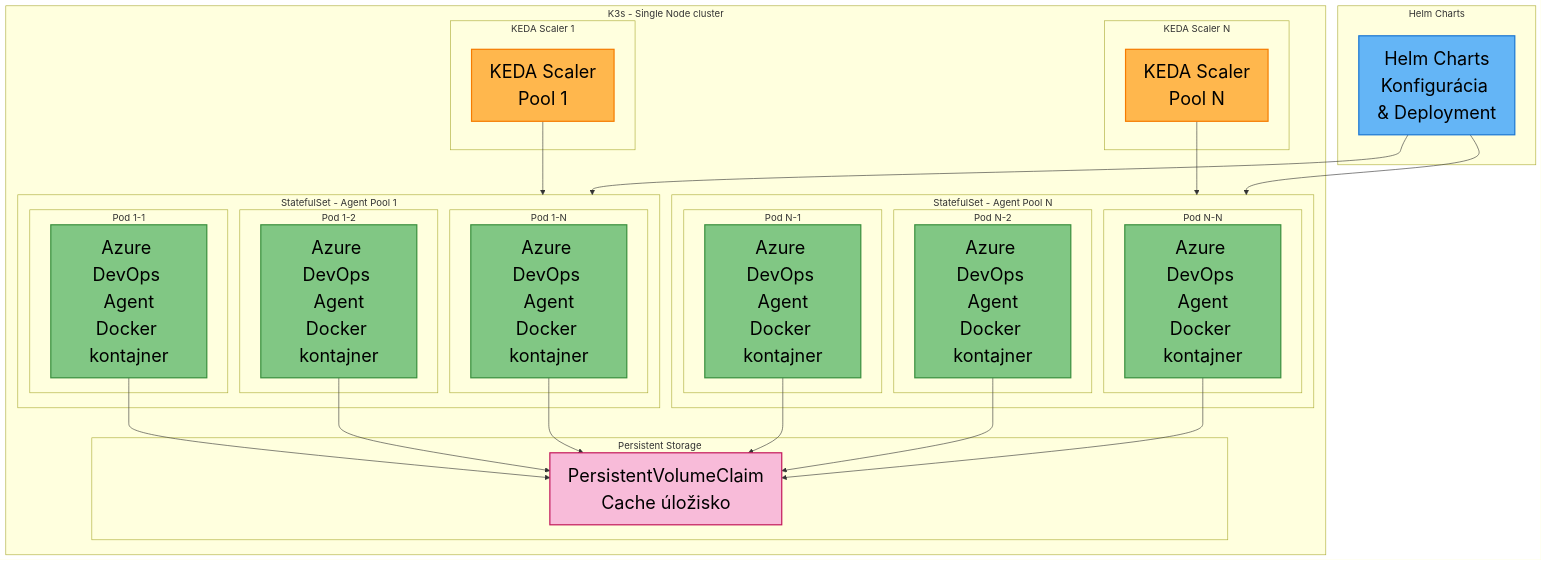
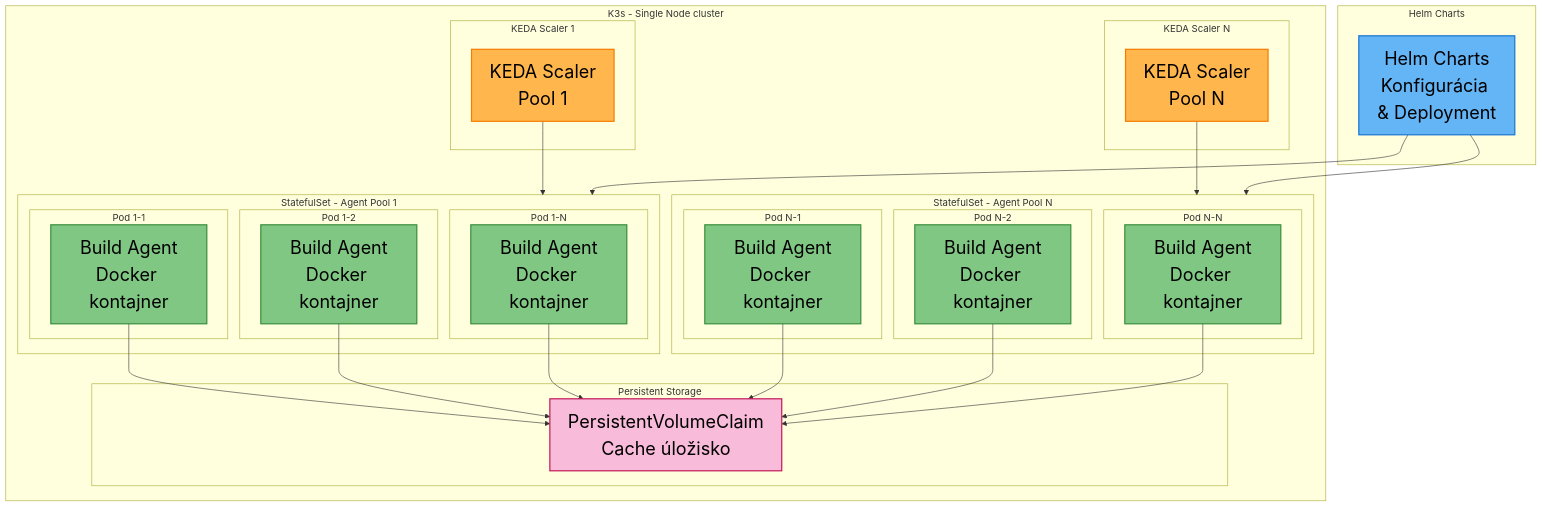
The first of 2 diagrams in linuxmachine/user-documentation.md (motycak/kros-sk.github.io), drawn with Mermaid before and after one commit.

````diff
--- a/linuxmachine/user-documentation.md
+++ b/linuxmachine/user-documentation.md
@@ -39,69 +39,69 @@
 ```mermaid
 graph TB
     subgraph "K3s - Single Node cluster"
         subgraph "KEDA Scaler 1"
             KEDA_SCALER1[KEDA Scaler<br/>Pool 1]
         end
         
         subgraph "KEDA Scaler N"
             KEDA_SCALERN[KEDA Scaler<br/>Pool N]
         end
         
         subgraph STATEFULSET_POOL1["StatefulSet - Agent Pool 1"]
             subgraph "Pod 1-1"
-                AGENT1_1[Azure DevOps Agent<br/>Docker kontajner]
+                AGENT1_1[Build Agent<br/>Docker kontajner]
             end
             subgraph "Pod 1-2"
-                AGENT1_2[Azure DevOps Agent<br/>Docker kontajner]
+                AGENT1_2[Build Agent<br/>Docker kontajner]
             end
             subgraph "Pod 1-N"
-                AGENT1_N[Azure DevOps Agent<br/>Docker kontajner]
+                AGENT1_N[Build Agent<br/>Docker kontajner]
             end
         end
         
         subgraph STATEFULSET_POOLN["StatefulSet - Agent Pool N"]
             subgraph "Pod N-1"
-                AGENTN_1[Azure DevOps Agent<br/>Docker kontajner]
+                AGENTN_1[Build Agent<br/>Docker kontajner]
             end
             subgraph "Pod N-2"
-                AGENTN_2[Azure DevOps Agent<br/>Docker kontajner]
+                AGENTN_2[Build Agent<br/>Docker kontajner]
             end
             subgraph "Pod N-N"
-                AGENTN_N[Azure DevOps Agent<br/>Docker kontajner]
+                AGENTN_N[Build Agent<br/>Docker kontajner]
             end
         end
         
         subgraph "Persistent Storage"
             PVC[PersistentVolumeClaim<br/>Cache úložisko]
         end
     end
     
     subgraph "Helm Charts"
         HELM[Helm Charts<br/>Konfigurácia & Deployment]
     end
     
     %% Connections
     KEDA_SCALER1 --> STATEFULSET_POOL1
     KEDA_SCALERN --> STATEFULSET_POOLN
     
     HELM --> STATEFULSET_POOL1
     HELM --> STATEFULSET_POOLN
     
     AGENT1_1 --> PVC
     AGENT1_2 --> PVC
     AGENT1_N --> PVC
     AGENTN_1 --> PVC
     AGENTN_2 --> PVC
     AGENTN_N --> PVC
     
     %% Styling
     classDef keda fill:#ffb74d,stroke:#f57c00,stroke-width:2px,color:#000,font-size:30px
     classDef k8s fill:#81c784,stroke:#388e3c,stroke-width:2px,color:#000,font-size:30px
     classDef helm fill:#64b5f6,stroke:#1976d2,stroke-width:2px,color:#000,font-size:30px
     classDef storage fill:#f8bbd9,stroke:#c2185b,stroke-width:2px,color:#000,font-size:30px
     
     class KEDA_SCALER1,KEDA_SCALERN keda
     class AGENT1_1,AGENT1_2,AGENT1_N,AGENTN_1,AGENTN_2,AGENTN_N k8s
     class HELM helm
     class PVC storage
 ```
````
